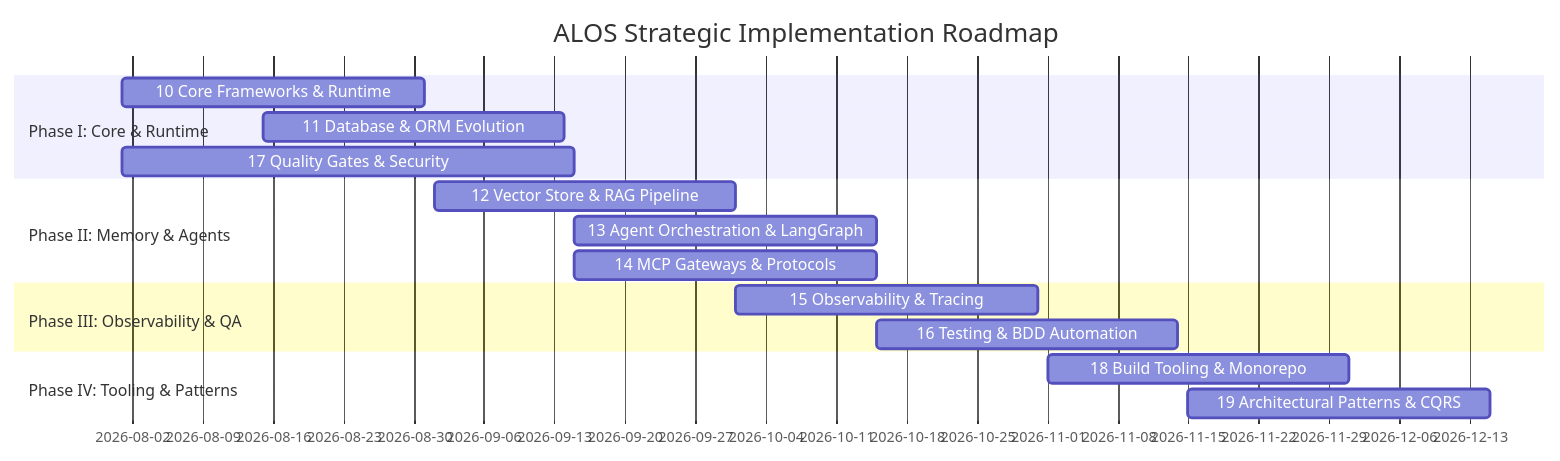
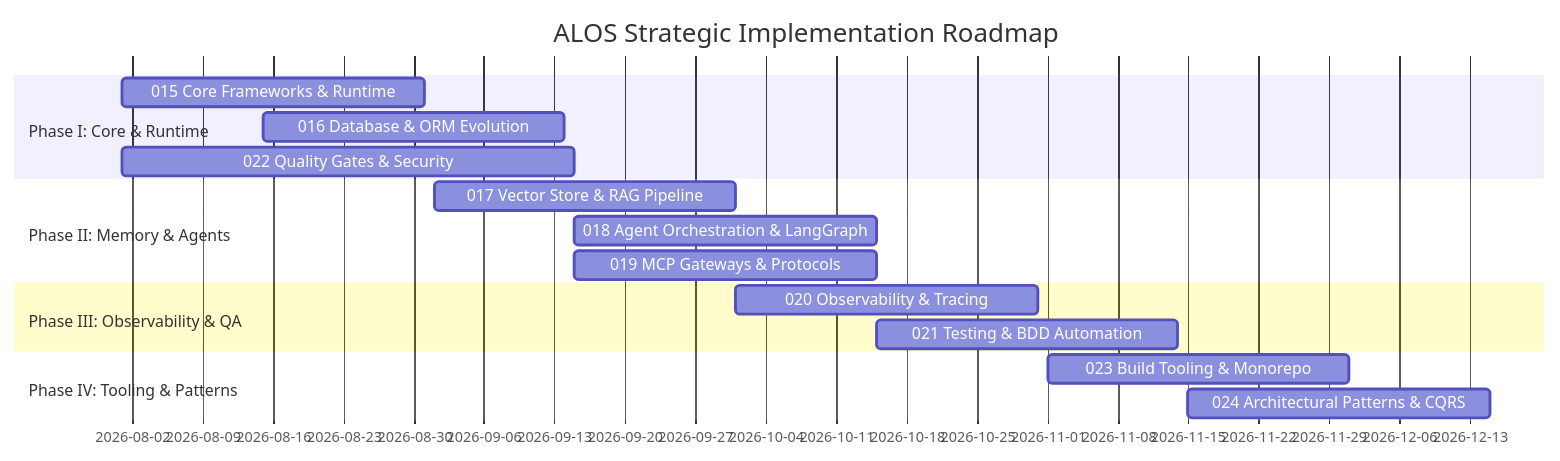
The diagram in ROADMAP.md (brandon-fox/alos), drawn with Mermaid before and after one commit. The commit also changed other lines of this file and 122 other files, not shown here.

````diff
--- a/ROADMAP.md
+++ b/ROADMAP.md
@@ -12,19 +12,19 @@
 ```mermaid
 gantt
     title ALOS Strategic Implementation Roadmap
     dateFormat  YYYY-MM-DD
     section Phase I: Core & Runtime
-    10 Core Frameworks & Runtime       :2026-08-01, 30d
-    11 Database & ORM Evolution        :2026-08-15, 30d
-    17 Quality Gates & Security        :2026-08-01, 45d
+    015 Core Frameworks & Runtime       :2026-08-01, 30d
+    016 Database & ORM Evolution        :2026-08-15, 30d
+    022 Quality Gates & Security        :2026-08-01, 45d
     section Phase II: Memory & Agents
-    12 Vector Store & RAG Pipeline     :2026-09-01, 30d
-    13 Agent Orchestration & LangGraph :2026-09-15, 30d
-    14 MCP Gateways & Protocols        :2026-09-15, 30d
+    017 Vector Store & RAG Pipeline     :2026-09-01, 30d
+    018 Agent Orchestration & LangGraph :2026-09-15, 30d
+    019 MCP Gateways & Protocols        :2026-09-15, 30d
     section Phase III: Observability & QA
-    15 Observability & Tracing         :2026-10-01, 30d
-    16 Testing & BDD Automation        :2026-10-15, 30d
+    020 Observability & Tracing         :2026-10-01, 30d
+    021 Testing & BDD Automation        :2026-10-15, 30d
     section Phase IV: Tooling & Patterns
-    18 Build Tooling & Monorepo        :2026-11-01, 30d
-    19 Architectural Patterns & CQRS   :2026-11-15, 30d
+    023 Build Tooling & Monorepo        :2026-11-01, 30d
+    024 Architectural Patterns & CQRS   :2026-11-15, 30d
 ```
````
